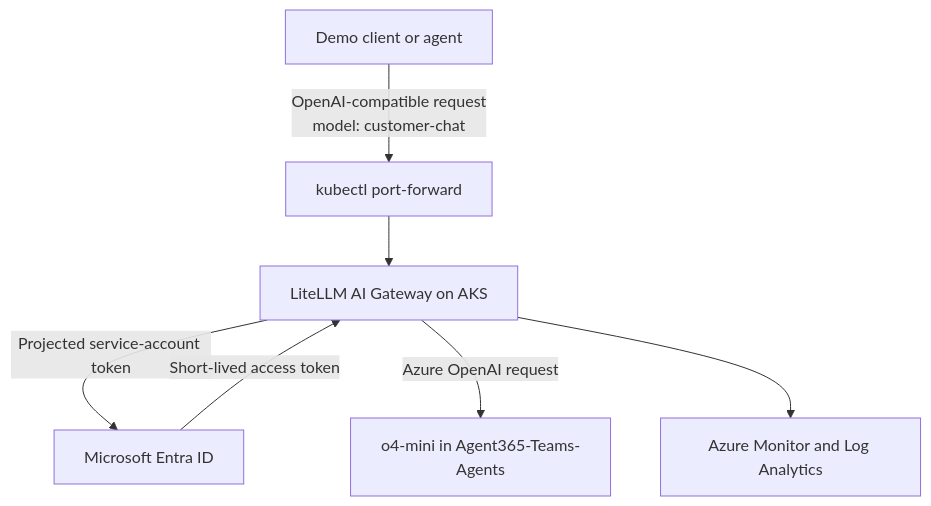
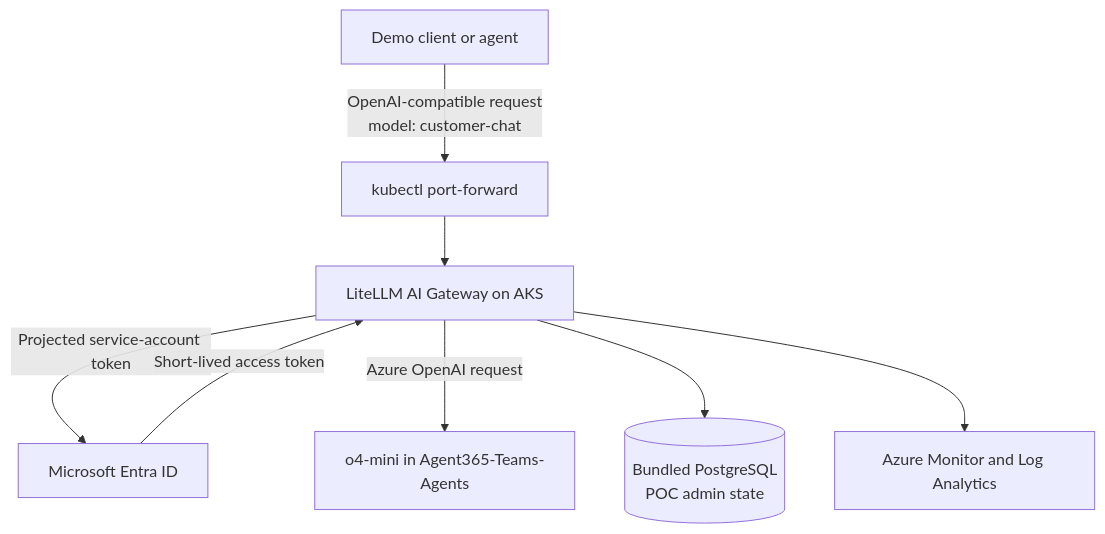
One commit to abhisheksinghcs/aigateway changed the first of 7 diagrams in docs/architecture.md. Above: the diagram before and after it, drawn with Mermaid. The commit also changed other lines of this file and 9 other files, not shown here.

````diff
--- a/docs/architecture.md
+++ b/docs/architecture.md
@@ -5,16 +5,18 @@
 ```mermaid
 flowchart TD
     Client[Demo client or agent]
     PortForward[kubectl port-forward]
     Gateway[LiteLLM AI Gateway on AKS]
     Entra[Microsoft Entra ID]
     Model[o4-mini in Agent365-Teams-Agents]
+    Database[(Bundled PostgreSQL<br/>POC admin state)]
     Monitor[Azure Monitor and Log Analytics]
 
     Client -->|OpenAI-compatible request<br/>model: customer-chat| PortForward
     PortForward --> Gateway
     Gateway -->|Projected service-account token| Entra
     Entra -->|Short-lived access token| Gateway
     Gateway -->|Azure OpenAI request| Model
+    Gateway --> Database
     Gateway --> Monitor
 ```
````
